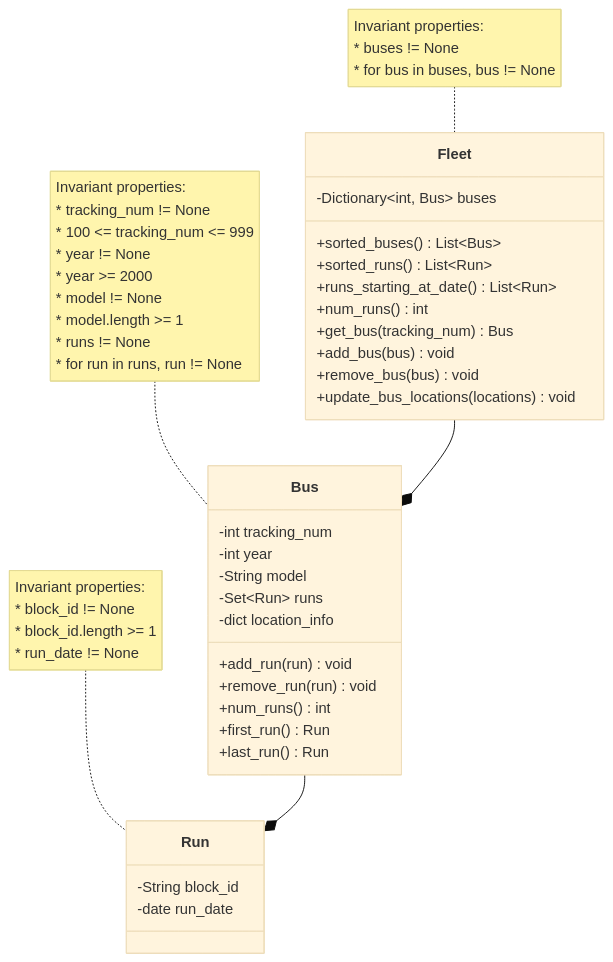
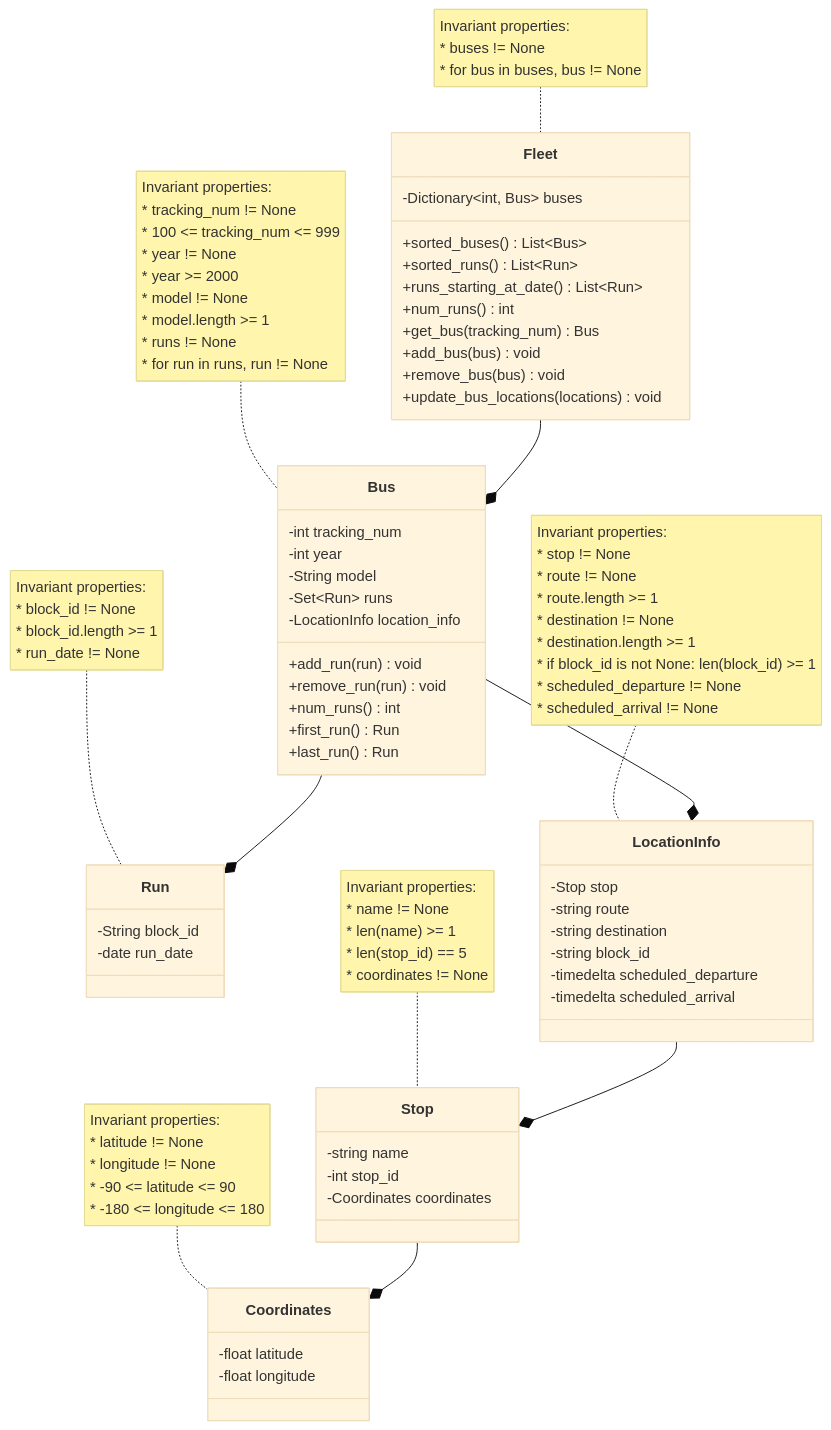
One commit to Michel-Prejet/zeb-tracker changed the diagram in domain.md. Above: the diagram before and after it, drawn with Mermaid (base theme). The commit also changed 103 other files, not shown here.

````diff
--- a/domain.md
+++ b/domain.md
@@ -29,7 +29,7 @@
         -int year
         -String model
         -Set~Run~ runs
-        -dict location_info
+        -LocationInfo location_info
         
         +add_run(run) void
         +remove_run(run) void
@@ -61,4 +61,55 @@
     * block_id.length >= 1
     * run_date != None
     "
+    
+    class LocationInfo {
+        -Stop stop
+        -string route
+        -string destination
+        -string block_id
+        -timedelta scheduled_departure
+        -timedelta scheduled_arrival
+    }
+    
+    Bus --* LocationInfo
+    
+    note for LocationInfo"Invariant properties:
+    * stop != None
+    * route != None
+    * route.length >= 1
+    * destination != None
+    * destination.length >= 1
+    * if block_id is not None: len(block_id) >= 1
+    * scheduled_departure != None
+    * scheduled_arrival != None
+    "
+    
+    class Stop {
+        -string name
+        -int stop_id
+        -Coordinates coordinates
+    }
+    
+    LocationInfo --* Stop
+    
+    note for Stop"Invariant properties:
+    * name != None
+    * len(name) >= 1
+    * len(stop_id) == 5
+    * coordinates != None    
+    "
+    
+    class Coordinates {
+        -float latitude
+        -float longitude
+    }
+    
+    Stop --* Coordinates
+    
+    note for Coordinates"Invariant properties:
+    * latitude != None
+    * longitude != None
+    * -90 <= latitude <= 90
+    * -180 <= longitude <= 180
+    "
 ```
````
